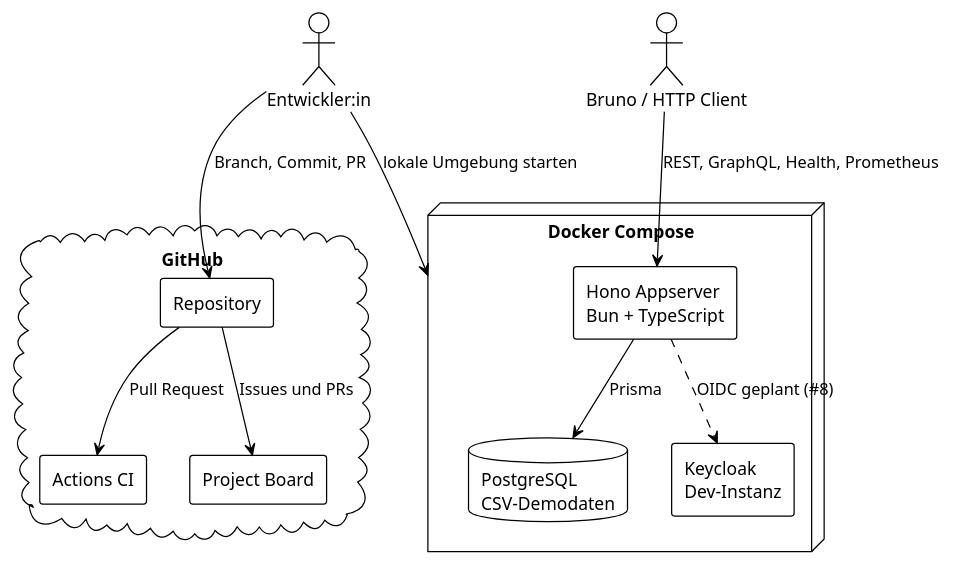
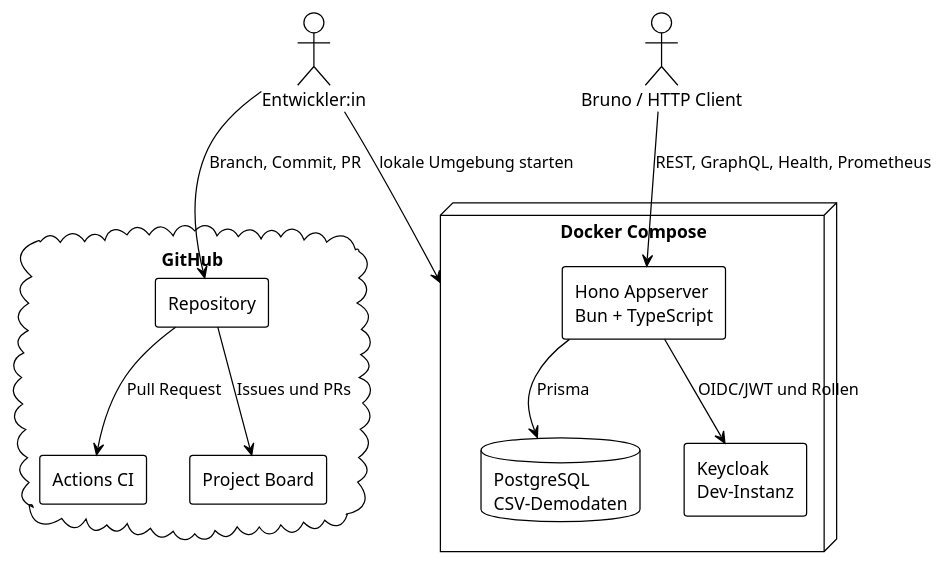
Before and after one commit to buan1027/gebrauchtwagen-ts: the diagram in docs/diagramme/src/architektur-kontext.plantuml, drawn with PlantUML. The commit also changed 4 other files, not shown here.

Commit message:
docs(#14): Handbuchdiagramme fuer Praesentation vorbereiten

```diff
--- a/docs/diagramme/src/architektur-kontext.plantuml
+++ b/docs/diagramme/src/architektur-kontext.plantuml
@@ -1,28 +1,28 @@
 @startuml
 !theme plain
 skinparam componentStyle rectangle
 skinparam shadowing false
 
 actor "Entwickler:in" as dev
 actor "Bruno / HTTP Client" as client
 
 node "Docker Compose" as compose {
     component "Hono Appserver\nBun + TypeScript" as app
     database "PostgreSQL\nCSV-Demodaten" as db
     component "Keycloak\nDev-Instanz" as keycloak
 }
 
 cloud "GitHub" as github {
     component "Repository" as repo
     component "Actions CI" as ci
     component "Project Board" as project
 }
 
 dev --> repo : Branch, Commit, PR
 repo --> ci : Pull Request
 repo --> project : Issues und PRs
 client --> app : REST, GraphQL, Health, Prometheus
 app --> db : Prisma
-app ..> keycloak : OIDC geplant (#8)
+app --> keycloak : OIDC/JWT und Rollen
 dev --> compose : lokale Umgebung starten
 @enduml
```
